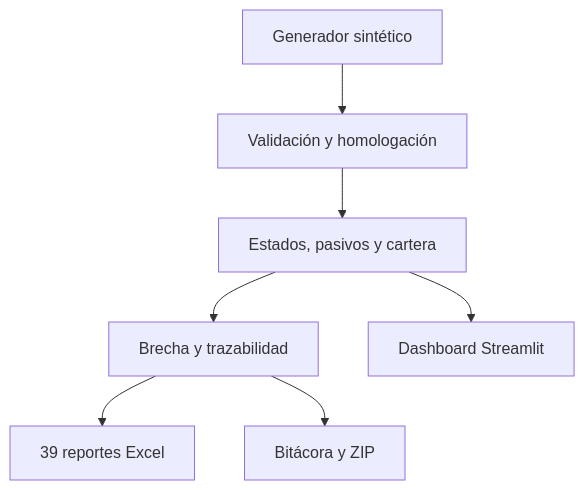
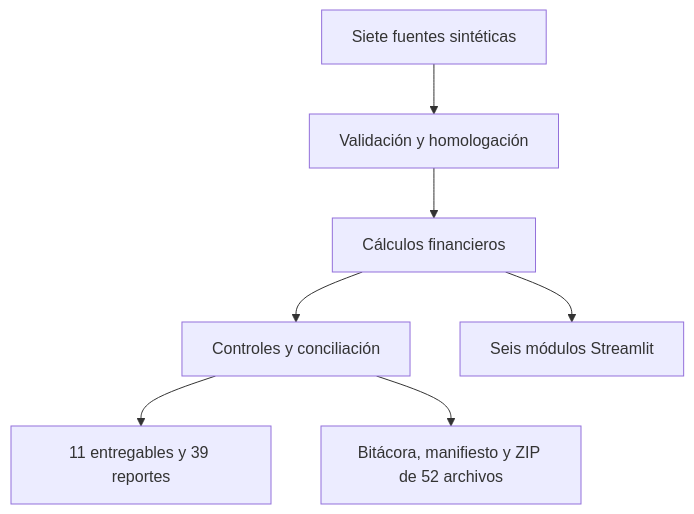
Before and after one commit to abrahamgutierrez911-ui/finance-portfolio: the diagram in README.md, drawn with Mermaid. The commit also changed other lines of this file and 10 other files, not shown here.

````diff
--- a/README.md
+++ b/README.md
@@ -88,9 +95,9 @@
 ```mermaid
 flowchart TD
-    A[Generador sintético] --> B[Validación y homologación]
-    B --> C[Estados, pasivos y cartera]
-    C --> D[Brecha y trazabilidad]
-    D --> E[39 reportes Excel]
-    C --> F[Dashboard Streamlit]
-    D --> G[Bitácora y ZIP]
+    A[Siete fuentes sintéticas] --> B[Validación y homologación]
+    B --> C[Cálculos financieros]
+    C --> D[Controles y conciliación]
+    D --> E[11 entregables y 39 reportes]
+    C --> F[Seis módulos Streamlit]
+    D --> G[Bitácora, manifiesto y ZIP de 52 archivos]
 ```
````
